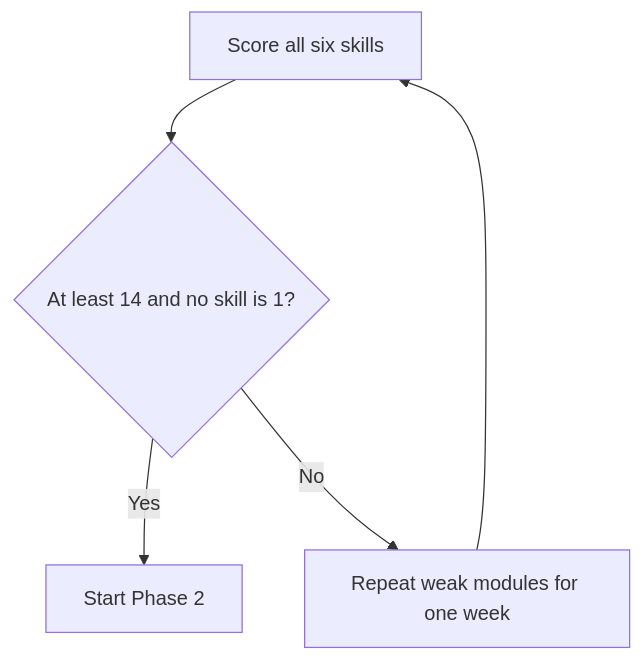
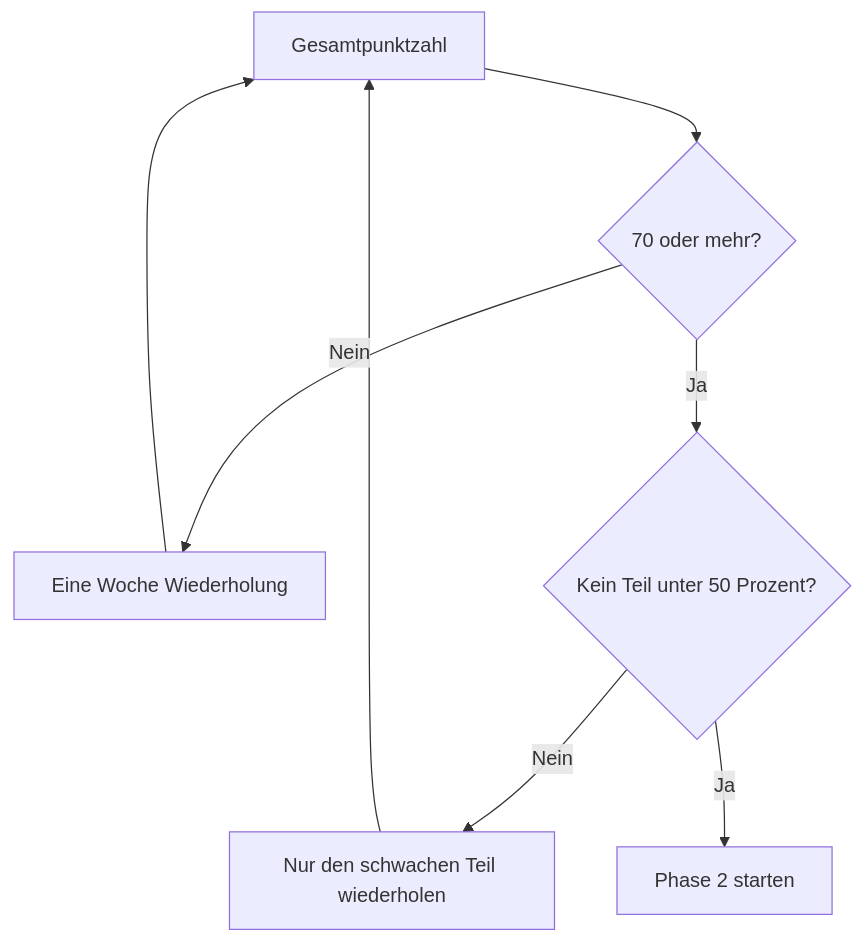
The diagram in content/phase-1/assessment.md (CuDinh03/Deutsch_IT), drawn with Mermaid before and after one commit. The commit also changed other lines of this file and 25 other files, not shown here.

````diff
--- a/content/phase-1/assessment.md
+++ b/content/phase-1/assessment.md
@@ -53,7 +201,10 @@
 ```mermaid
 flowchart TD
-  A[Score all six skills] --> B{At least 14 and no skill is 1?}
-  B -->|Yes| C[Start Phase 2]
-  B -->|No| D[Repeat weak modules for one week]
+  A[Gesamtpunktzahl] --> B{70 oder mehr?}
+  B -->|Nein| D[Eine Woche Wiederholung]
+  B -->|Ja| C{Kein Teil unter 50 Prozent?}
+  C -->|Nein| E[Nur den schwachen Teil wiederholen]
+  C -->|Ja| F[Phase 2 starten]
   D --> A
+  E --> A
 ```
````
